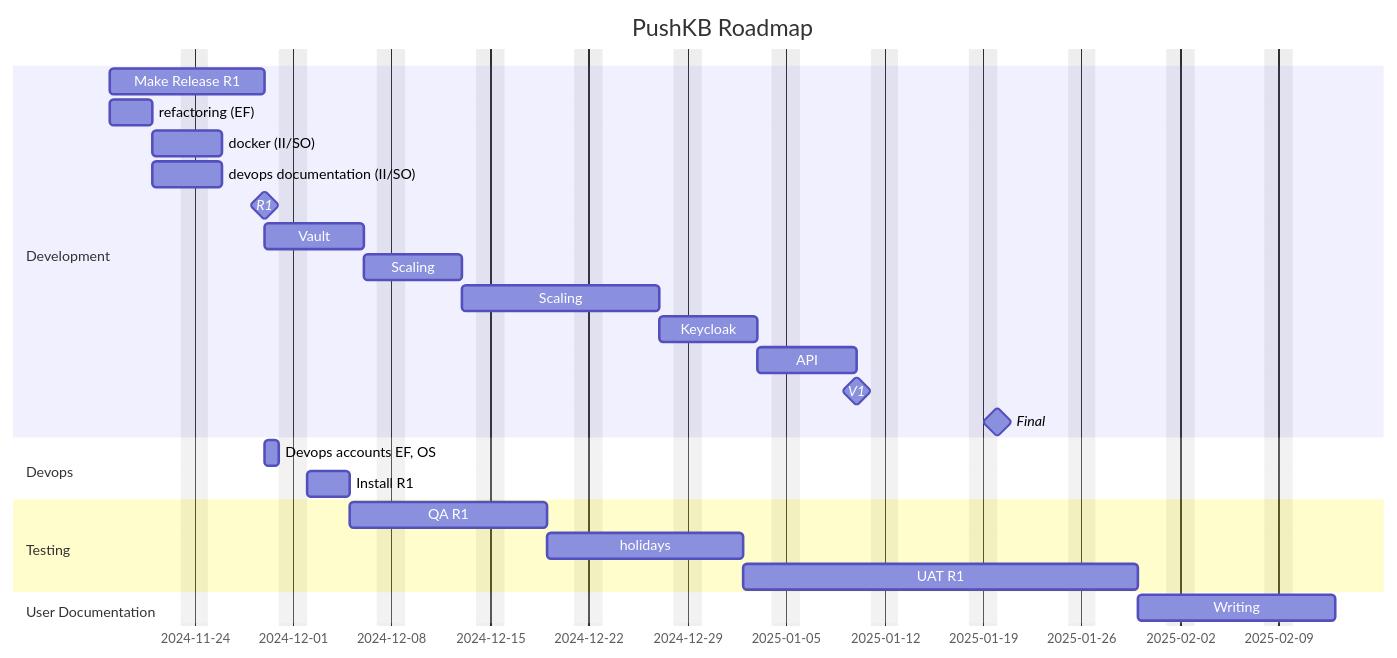
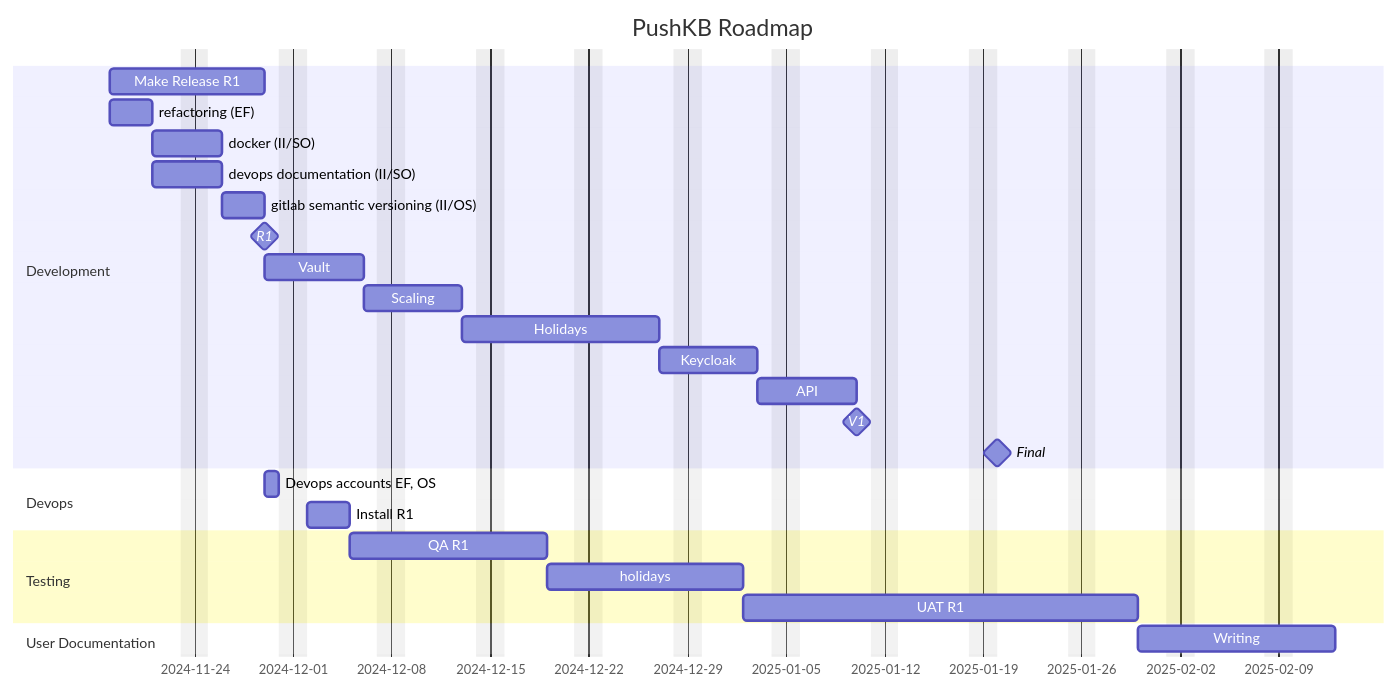
The diagram in docs/roadmap.md (julianladisch/pushkb), drawn with Mermaid before and after one commit.

````diff
--- a/docs/roadmap.md
+++ b/docs/roadmap.md
@@ -3,33 +3,34 @@
 ```mermaid
 gantt
     title PushKB Roadmap
     dateFormat  YYYY-MM-DD
     excludes    weekends
 
     section Development
-    Make Release R1                  :t3-0, 2024-11-18, 9d
-    refactoring (EF)                 :t3-0-1, 2024-11-18, 3d
-    docker (II/SO)                   :t3-0-2, after t3-0-1, 3d
-    devops documentation (II/SO)     :t3-0-3, after t3-0-1, 3d
-    R1                               :milestone, after t3-0, 0d
-    Vault                            :t3-1, after t3-0, 5d
-    Scaling                          :t3-2, after t3-1, 5d
-    Scaling                          :thols1, after t3-2, 10d
-    Keycloak                         :t3-3, after thols1, 5d
-    API                              :t3-4, after t3-3, 5d
-		V1                               :milestone, after t3-4, 0d
-		Final                            :milestone, 2025-01-20, 0d
+    Make Release R1                    :t3-0, 2024-11-18, 9d
+    refactoring (EF)                   :t3-0-1, 2024-11-18, 3d
+    docker (II/SO)                     :t3-0-2, after t3-0-1, 3d
+    devops documentation (II/SO)       :t3-0-3, after t3-0-1, 3d
+    gitlab semantic versioning (II/OS) :t3-0-4, after t3-0-3, 3d
+    R1                                 :milestone, after t3-0, 0d
+    Vault                              :t3-1, after t3-0, 5d
+    Scaling                            :t3-2, after t3-1, 5d
+    Holidays                           :thols1, after t3-2, 10d
+    Keycloak                           :t3-3, after thols1, 5d
+    API                                :t3-4, after t3-3, 5d
+		V1                                 :milestone, after t3-4, 0d
+		Final                              :milestone, 2025-01-20, 0d
 
     section Devops
-    Devops accounts EF, OS           :t4-1, after t3-0, 1d
-    Install R1                       :t4-2, after t4-1, 3d
+    Devops accounts EF, OS             :t4-1, after t3-0, 1d
+    Install R1                         :t4-2, after t4-1, 3d
 
     section Testing
-    QA R1                            :t5-1, after t4-2, 10d
-    holidays                         :t5-2, after t5-1, 10d
-    UAT R1                           :t5-3, after t5-2, 20d
+    QA R1                              :t5-1, after t4-2, 10d
+    holidays                           :t5-2, after t5-1, 10d
+    UAT R1                             :t5-3, after t5-2, 20d
 
     section User Documentation
-    Writing                          :t6-1, after t5-3, 10d
+    Writing                            :t6-1, after t5-3, 10d
 
 ```
````
